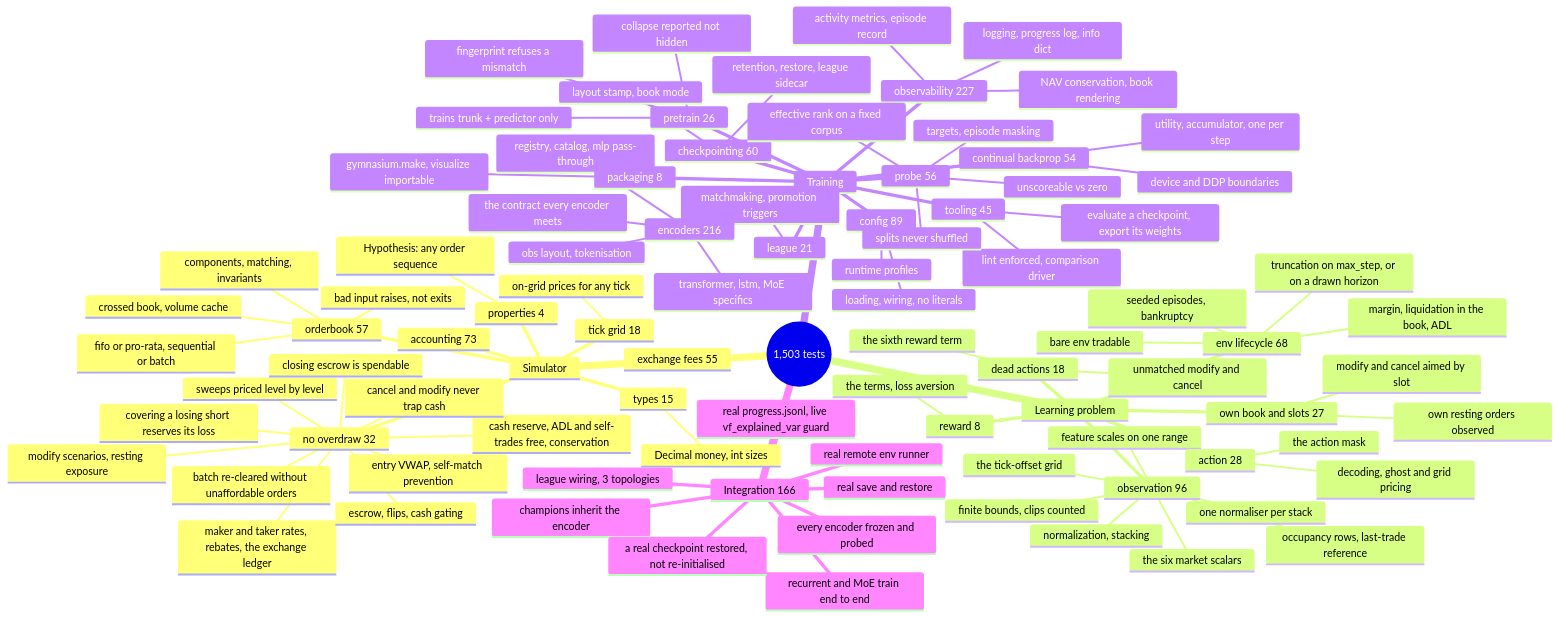
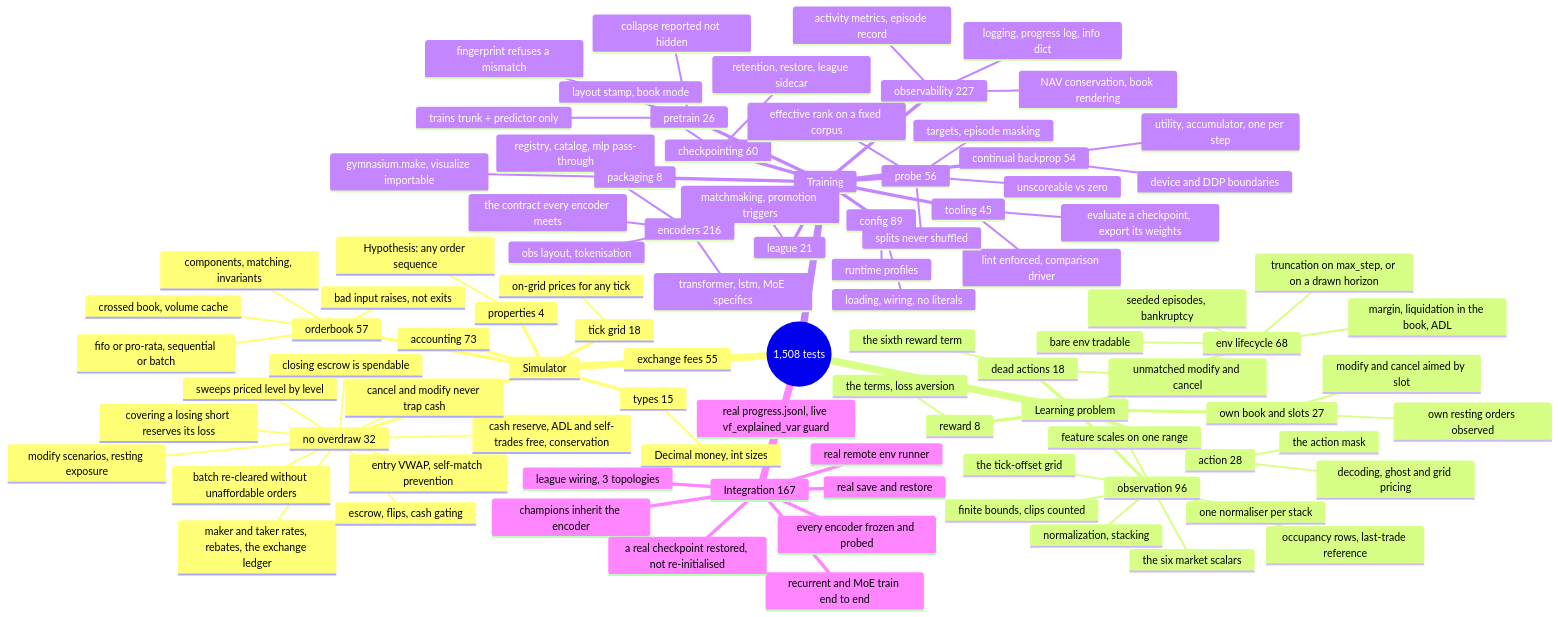
One commit to ChuaCheowHuan/gym-continuousDoubleAuction changed the diagram in doc/10_testing.md. Above: the diagram before and after it, drawn with Mermaid. The commit also changed other lines of this file and 7 other files, not shown here.

````diff
--- a/doc/10_testing.md
+++ b/doc/10_testing.md
@@ -146,6 +146,6 @@
 ```mermaid
 mindmap
-  root((1,503 tests))
+  root((1,508 tests))
     Simulator
       orderbook 57
         components, matching, invariants
@@ -231,7 +231,7 @@
         device and DDP boundaries
       packaging 8
         gymnasium.make, visualize importable
-    Integration 166
+    Integration 167
       league wiring, 3 topologies
       real save and restore
       real progress.jsonl, live vf_explained_var guard
````
